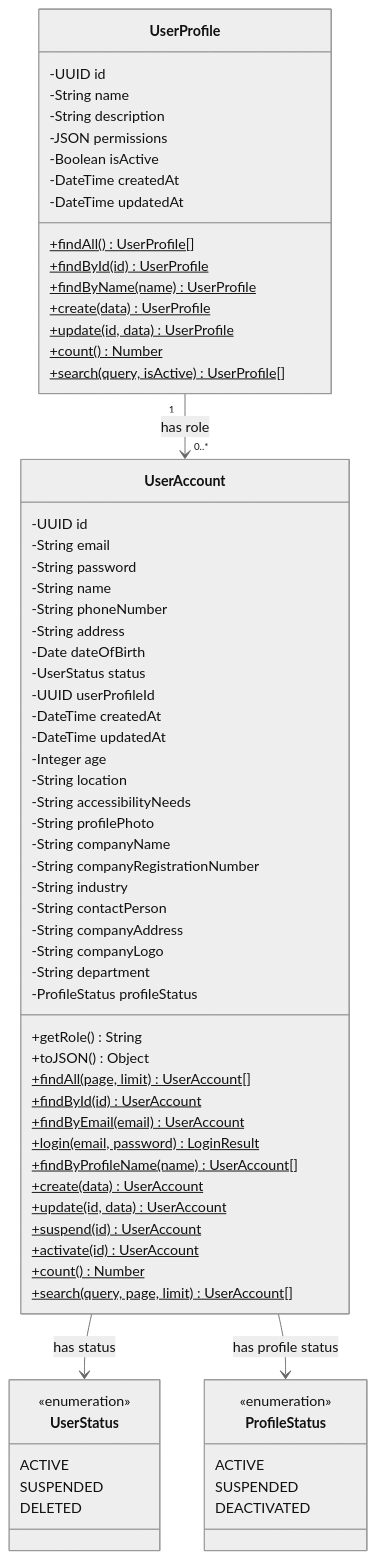
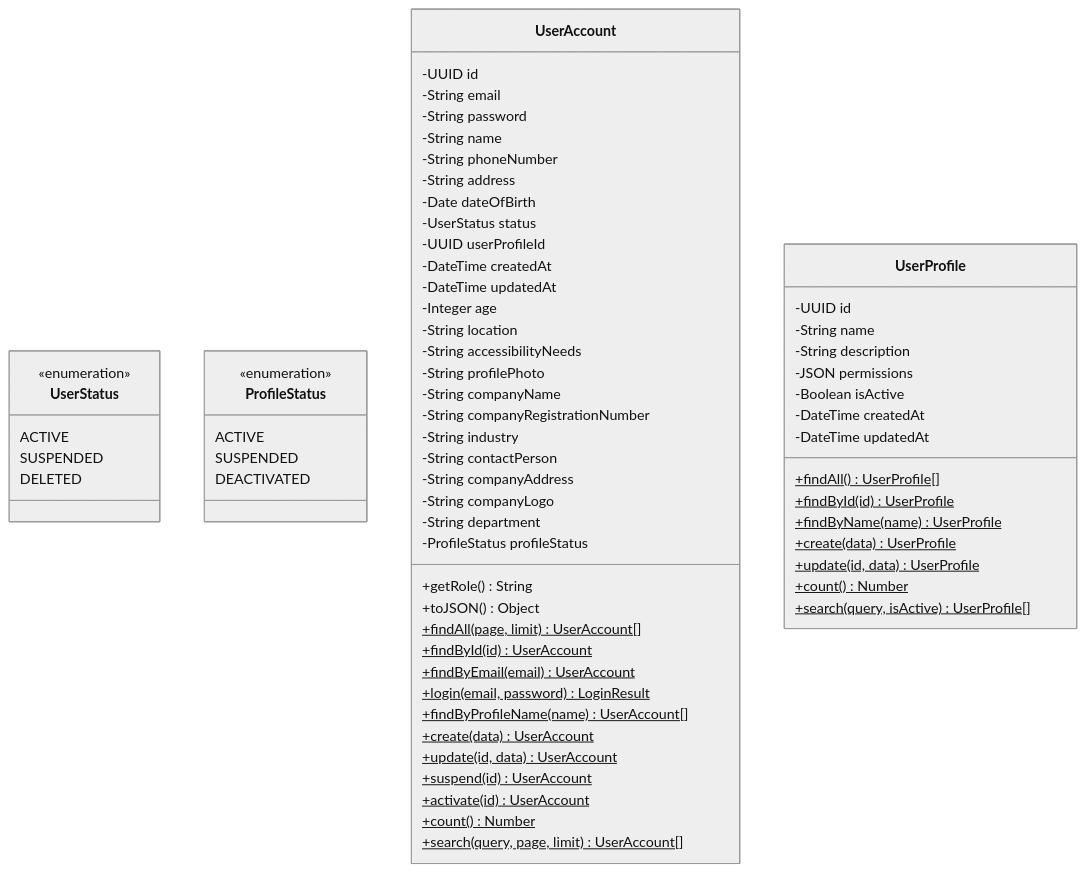
One commit to MatthewGohyy/CSR-Volunteer-Matching-System changed the diagram in diagrams/sprint1/class-diagram-sprint1.mmd. Above: the diagram before and after it, drawn with Mermaid (neutral theme). The commit also changed 7 other files, not shown here.

First line of the commit message:
Remove enums from all class diagrams

```diff
--- a/diagrams/sprint1/class-diagram-sprint1.mmd
+++ b/diagrams/sprint1/class-diagram-sprint1.mmd
@@ -1,92 +1,88 @@
 classDiagram
     %% ============================================
     %% Sprint 1: Authentication & Basic User/Profile Management
     %% Duration: 09 Oct 2025 - 19 Oct 2025
     %% User Stories: #1, #2, #3, #6, #8, #11, #13, #14, #24, #25, #33, #34
     %% ============================================
 
     %% ============================================
     %% ENUMS
     %% ============================================
     
     class UserStatus {
         <<enumeration>>
         ACTIVE
         SUSPENDED
         DELETED
     }
 
     class ProfileStatus {
         <<enumeration>>
         ACTIVE
         SUSPENDED
         DEACTIVATED
     }
 
     %% ============================================
     %% CORE AUTHENTICATION & AUTHORIZATION
     %% ============================================
 
     class UserAccount {
         -UUID id
         -String email
         -String password
         -String name
         -String phoneNumber
         -String address
         -Date dateOfBirth
         -UserStatus status
         -UUID userProfileId
         -DateTime createdAt
         -DateTime updatedAt
         -Integer age
         -String location
         -String accessibilityNeeds
         -String profilePhoto
         -String companyName
         -String companyRegistrationNumber
         -String industry
         -String contactPerson
         -String companyAddress
         -String companyLogo
         -String department
         -ProfileStatus profileStatus
         +getRole() String
         +toJSON() Object
         +findAll(page, limit)$ UserAccount[]
         +findById(id)$ UserAccount
         +findByEmail(email)$ UserAccount
         +login(email, password)$ LoginResult
         +findByProfileName(name)$ UserAccount[]
         +create(data)$ UserAccount
         +update(id, data)$ UserAccount
         +suspend(id)$ UserAccount
         +activate(id)$ UserAccount
         +count()$ Number
         +search(query, page, limit)$ UserAccount[]
     }
 
     class UserProfile {
         -UUID id
         -String name
         -String description
         -JSON permissions
         -Boolean isActive
         -DateTime createdAt
         -DateTime updatedAt
         +findAll()$ UserProfile[]
         +findById(id)$ UserProfile
         +findByName(name)$ UserProfile
         +create(data)$ UserProfile
         +update(id, data)$ UserProfile
         +count()$ Number
         +search(query, isActive)$ UserProfile[]
     }
 
     %% ============================================
     %% RELATIONSHIPS
     %% ============================================
-    
-    UserProfile "1" --> "0..*" UserAccount : has role
-    UserAccount --> UserStatus : has status
-    UserAccount --> ProfileStatus : has profile status
```
